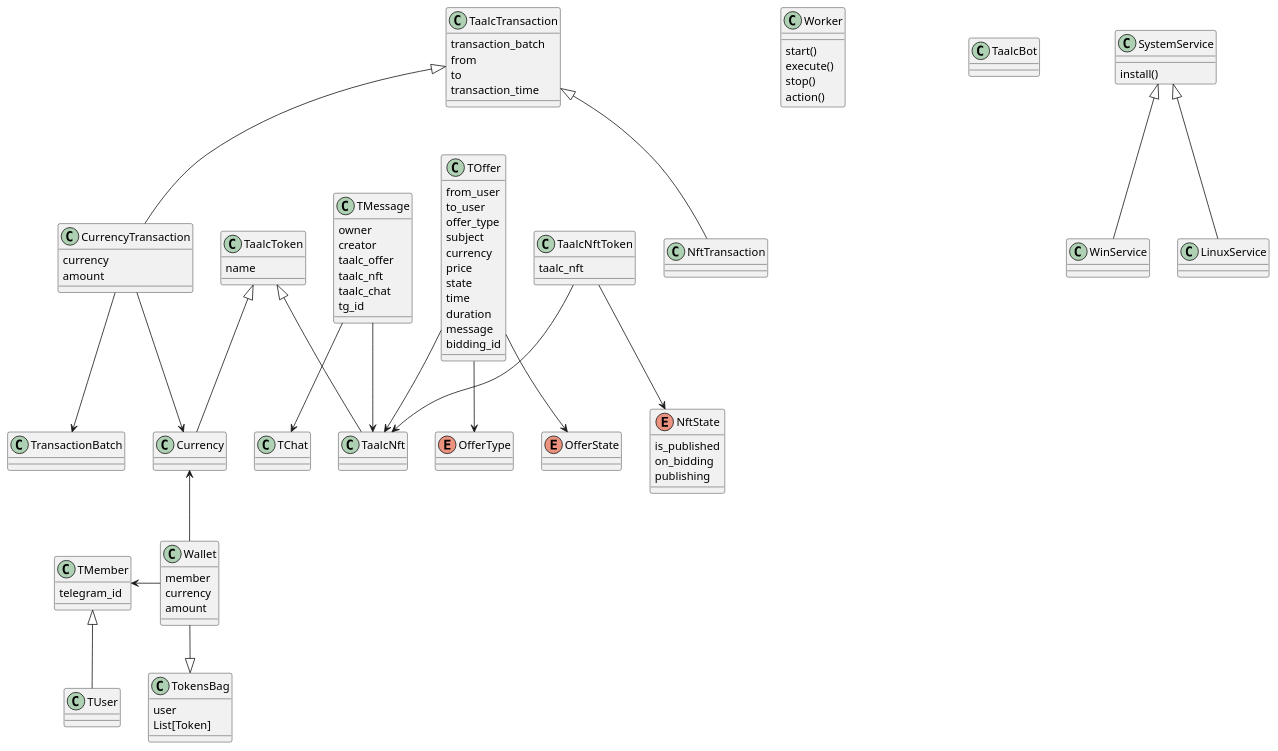
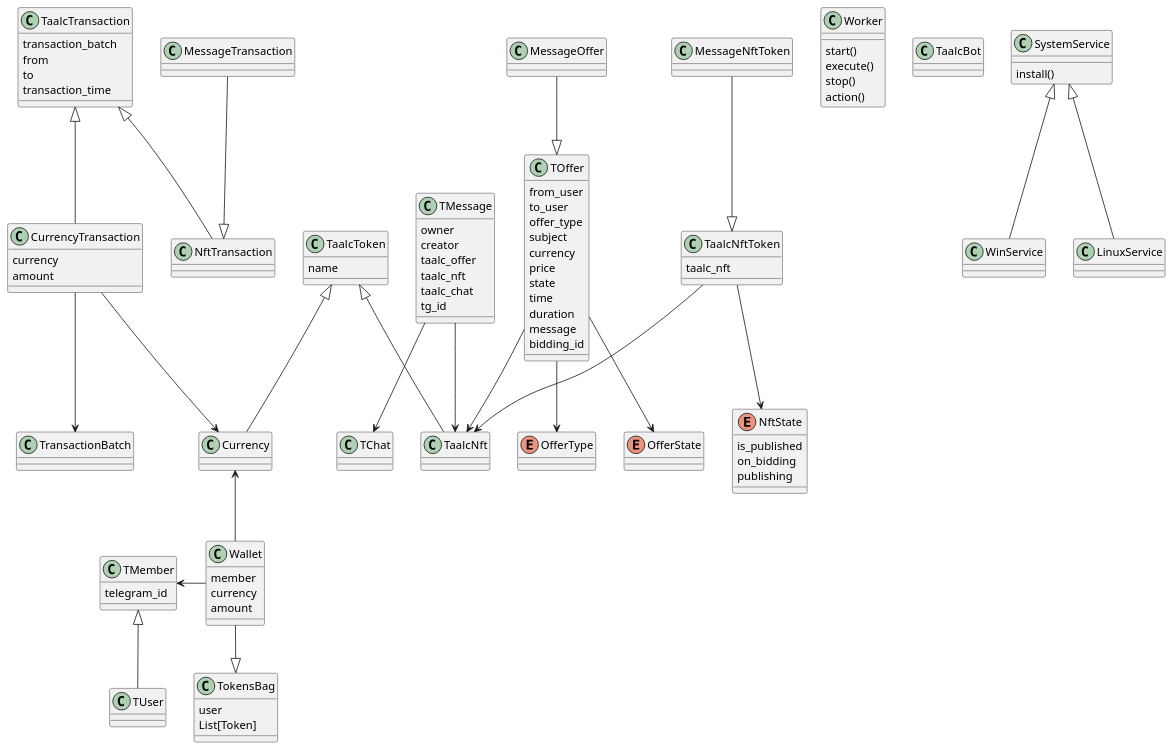
Before and after one commit to nagvalhm/TAALC: the diagram in uml/model.wsd, drawn with PlantUML. The commit also changed 13 other files, not shown here.

Commit message:
added classes between nft and message_nft entities

```diff
--- a/uml/model.wsd
+++ b/uml/model.wsd
@@ -1,128 +1,140 @@
 class Worker{
     start()
     execute()
     stop()
     action()
 }
 
 
 class TaalcBot{}
 
 class TaalcTransaction{
     transaction_batch
     from
     to    
     transaction_time
 }
 
 class CurrencyTransaction{
     currency
     amount
 }
 
 class NftTransaction{}
+class MessageTransaction{}
 
 class TransactionBatch{}
 
 class TokensBag{
     user
     List[Token]
 }
 
 class TUser{
 
 }
 
 class TMember{
     telegram_id
 }
 
 class Wallet{
     member
     currency
     amount
 }
 
 
 class TaalcToken{
     name
 }
 
 
 class TMessage{    
     owner
     creator
     taalc_offer
     taalc_nft
     taalc_chat
     tg_id    
 }
 
 enum NftState{
     is_published
     on_bidding
     publishing
 }
 
 class TOffer{
     from_user
     to_user
     offer_type
     subject
     currency
     price
     state
     time
     duration
     message
     bidding_id
 }
+
+class MessageOffer{
+
+}
 enum OfferState{
 
 }
 enum OfferType{
 
 }
 class TChat{}
 
 
 class Currency{}
 class TaalcNft{
     
 }
 
 class TaalcNftToken{
     taalc_nft
 }
 
+class MessageNftToken{
+
+}
 
 class SystemService{
     install()
 }
 class WinService{}
 class LinuxService{}
 
 SystemService <|-- WinService
 SystemService <|-- LinuxService
 
 TMember <|-- TUser
 TaalcToken <|-- Currency
 TaalcToken <|-- TaalcNft
 TMessage --> TChat
 TMessage --> TaalcNft
 
 
 Wallet -up-> Currency
 Wallet -left-> TMember
 CurrencyTransaction -up-|> TaalcTransaction
 NftTransaction -up-|> TaalcTransaction
+MessageTransaction --|> NftTransaction
 CurrencyTransaction --> TransactionBatch
 CurrencyTransaction --> Currency
+
 
 TOffer --> OfferType
 TOffer --> OfferState
 TOffer --> TaalcNft
+MessageOffer --|> TOffer
 
 Wallet --|> TokensBag
 TaalcNftToken --> TaalcNft
 TaalcNftToken --> NftState
+MessageNftToken --|> TaalcNftToken
```
